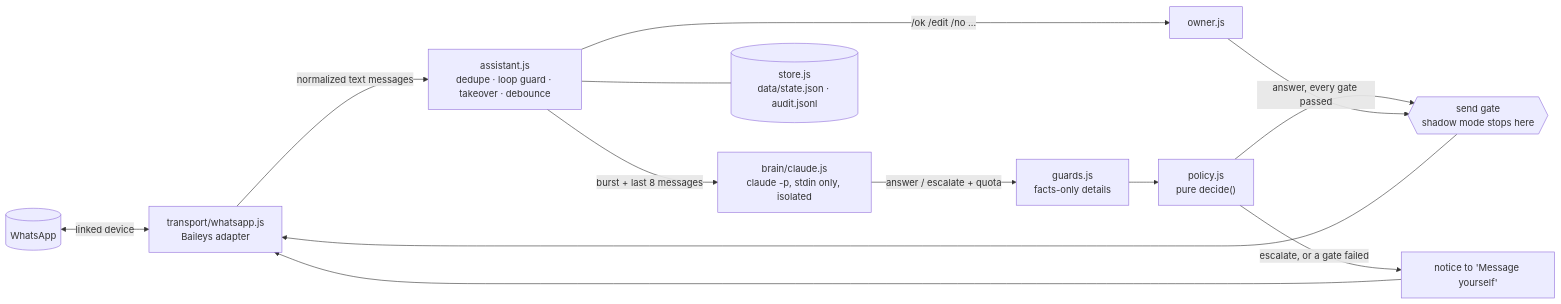
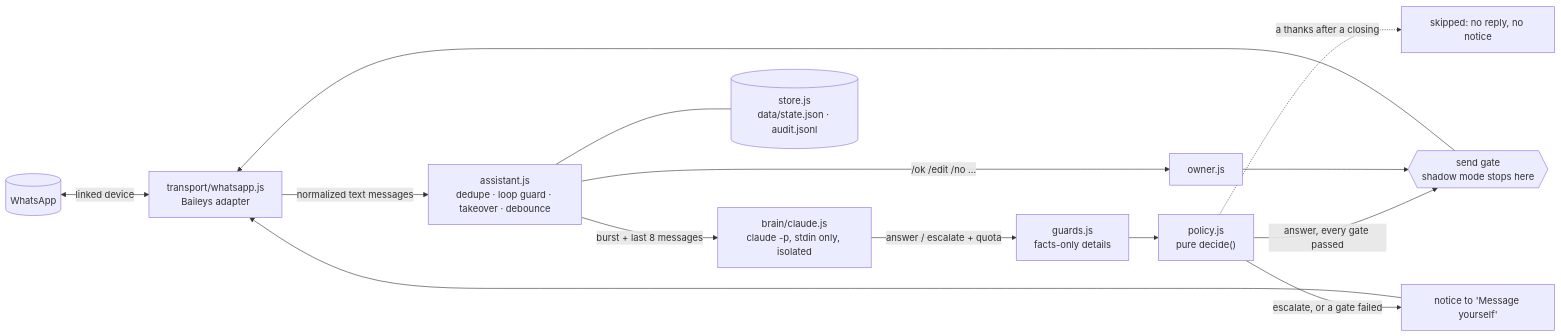
Before and after one commit to dolphinigle/wa-claude-assistant: the diagram in README.md, drawn with Mermaid. The commit also changed other lines of this file and 15 other files, not shown here.

````diff
--- a/README.md
+++ b/README.md
@@ -41,15 +41,16 @@
 ```mermaid
 flowchart LR
   WA[("WhatsApp")] <-->|linked device| T["transport/whatsapp.js<br/>Baileys adapter"]
   T -->|normalized text messages| A["assistant.js<br/>dedupe · loop guard · takeover · debounce"]
   A -->|"burst + last 8 messages"| B["brain/claude.js<br/>claude -p, stdin only, isolated"]
   B -->|"answer / escalate + quota"| G["guards.js<br/>facts-only details"]
   G --> P["policy.js<br/>pure decide()"]
   P -->|"answer, every gate passed"| S{{"send gate<br/>shadow mode stops here"}}
   P -->|"escalate, or a gate failed"| N["notice to 'Message yourself'"]
+  P -.->|"a thanks after a closing"| K["skipped: no reply, no notice"]
   A -->|"/ok /edit /no …"| O["owner.js"]
   O --> S
   S --> T
   N --> T
   A --- ST[("store.js<br/>data/state.json · audit.jsonl")]
 ```
````
